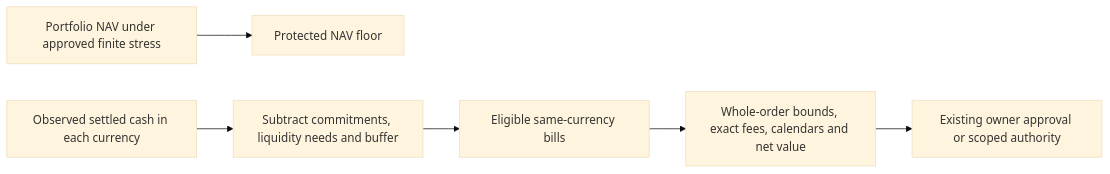
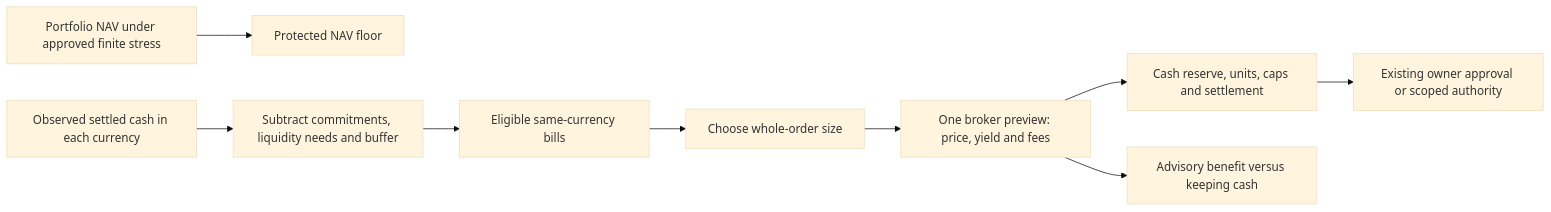
The diagram in internal-docs/design/cash-sweep-controls.md (osauer/canary), drawn with Mermaid (base theme) before and after one commit. The commit also changed other lines of this file and 16 other files, not shown here.

Commit message:
fix: keep cash sweep quantities fixed and benefit advisory

````diff
--- a/internal-docs/design/cash-sweep-controls.md
+++ b/internal-docs/design/cash-sweep-controls.md
@@ -10,8 +12,11 @@
 ```mermaid
 flowchart LR
   NAV[Portfolio NAV under approved finite stress] --> Floor[Protected NAV floor]
   Cash[Observed settled cash in each currency] --> Available[Subtract commitments, liquidity needs and buffer]
   Available --> Bills[Eligible same-currency bills]
-  Bills --> Order[Whole-order bounds, exact fees, calendars and net value]
-  Order --> Approval[Existing owner approval or scoped authority]
+  Bills --> Order[Choose whole-order size]
+  Order --> Preview[One broker preview: price, yield and fees]
+  Preview --> Checks[Cash reserve, units, caps and settlement]
+  Checks --> Approval[Existing owner approval or scoped authority]
+  Preview --> Advice[Advisory benefit versus keeping cash]
 ```
````
